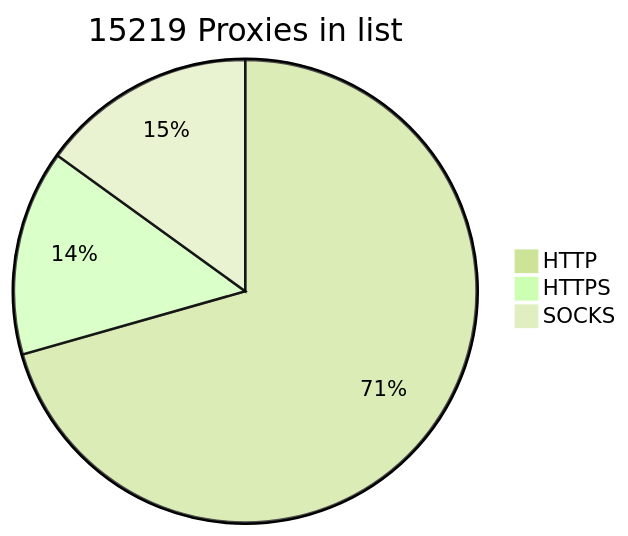
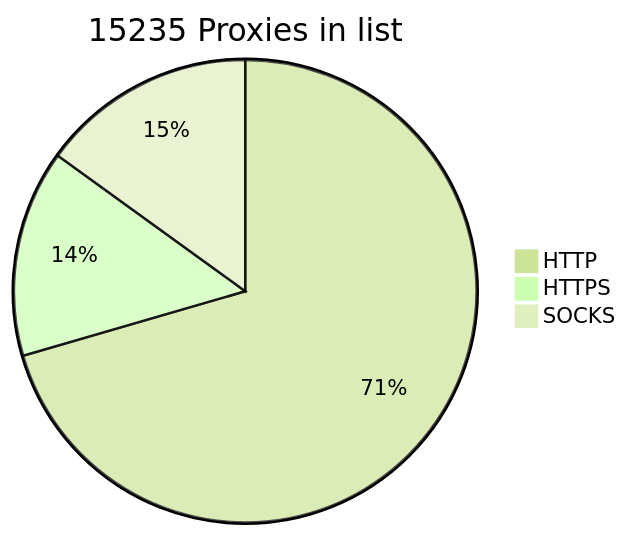
The diagram in README.md (BlackSnowDot/proxylist-update-every-minute), drawn with Mermaid (forest theme) before and after one commit.

````diff
--- a/README.md
+++ b/README.md
@@ -2,6 +2,6 @@
 ```mermaid
-pie title 15219 Proxies in list
-    "HTTP" : 11249
-    "HTTPS": 2288
+pie title 15235 Proxies in list
+    "HTTP" : 11246
+    "HTTPS": 2308
     "SOCKS" : 2397
 ```
````
